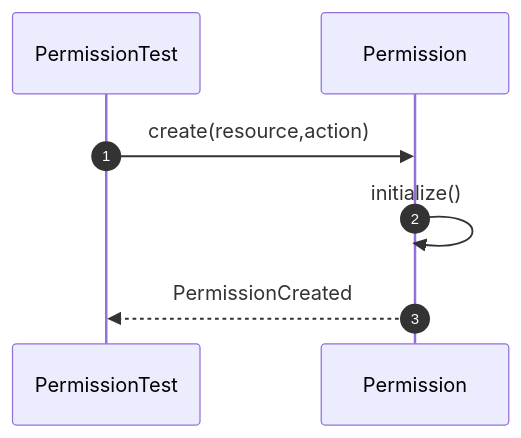
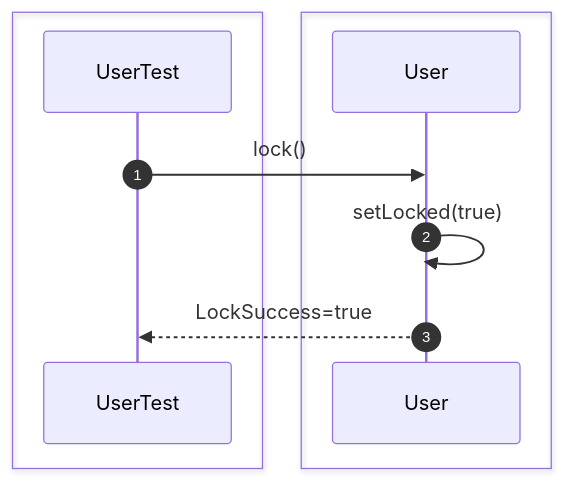
Diagram 13 of 35 in src/sequence/security.md (Huy1801214/dbms-architecture), drawn with Mermaid before and after one commit. The commit also changed other lines of this file and 10 other files, not shown here.

Commit message:
add comprehensive sequence diagrams and documentation for system architecture and unit testing specifications

````diff
--- a/src/sequence/security.md
+++ b/src/sequence/security.md
@@ -202,12 +237,15 @@
-```mermaid 
+```mermaid
 sequenceDiagram
     autonumber
-    participant Test as PermissionTest
-    participant Permission
 
-    Test->>Permission: create(resource,action)
+    box #e1f5fe Test Suite
+    participant Test as UserTest
+    end
+    box #e3f2fd Security Components
+    participant User as User
+    end
 
-    Permission->>Permission: initialize()
-
-    Permission-->>Test: PermissionCreated
+    Test->>User: lock()
+    User->>User: setLocked(true)
+    User-->>Test: LockSuccess=true
 ```
````
